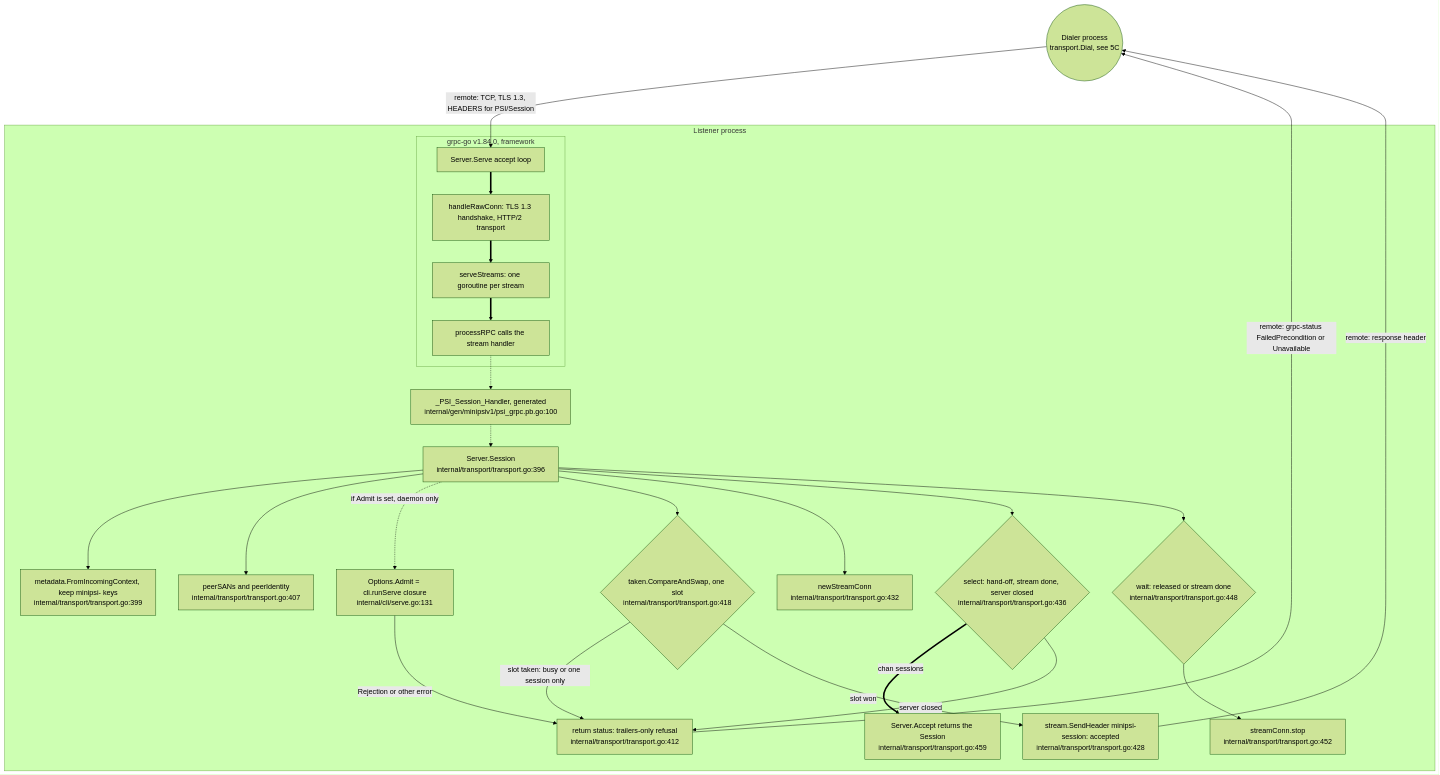
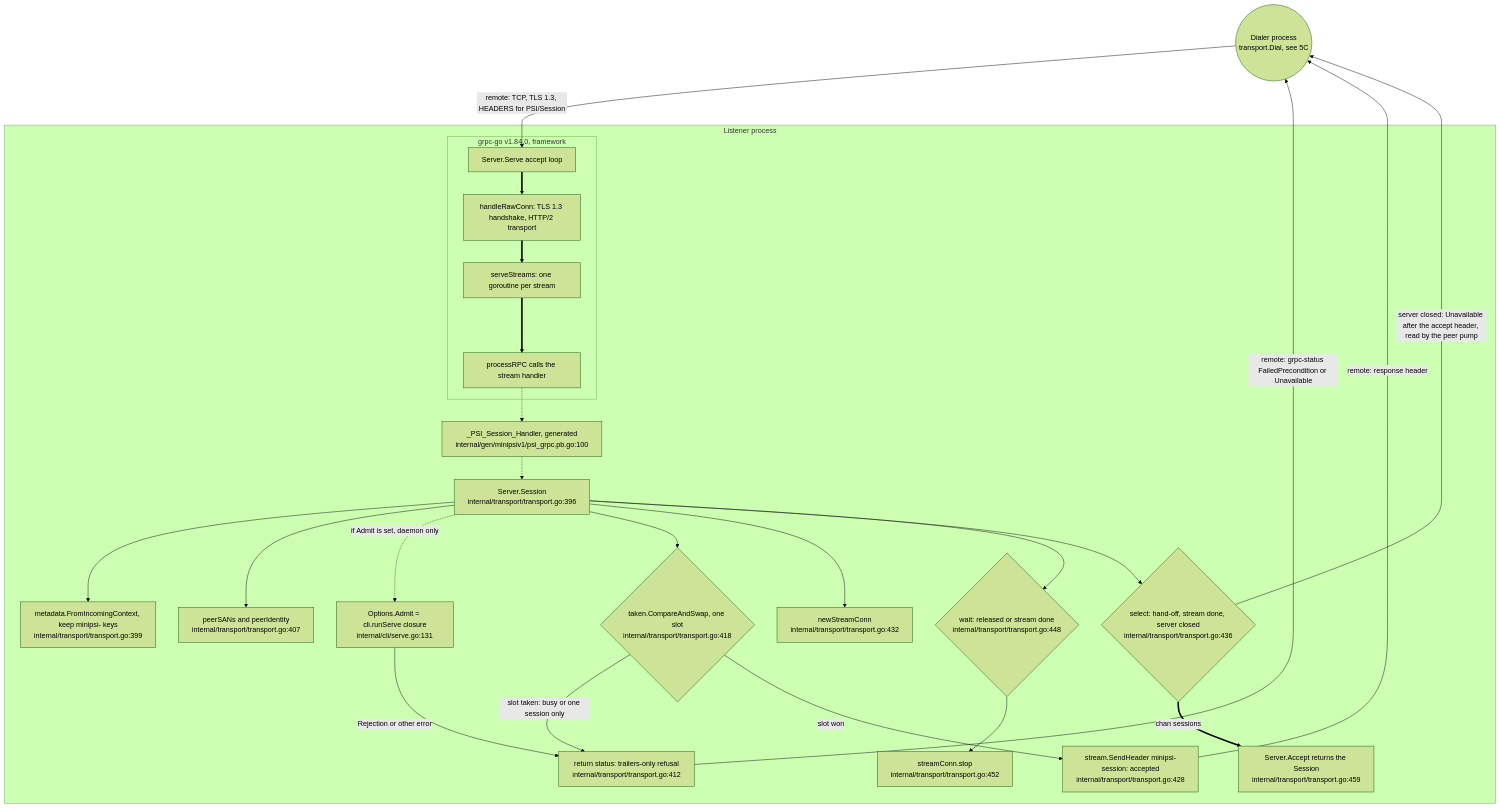
The tenth of 30 diagrams in docs/CALL_GRAPHS.md (XSpring/minipsi-relay), drawn with Mermaid (forest theme) before and after one commit. The commit also changed other lines of this file and 3 other files, not shown here.

First line of the commit message:
docs(analysis): fix errors from the entry point and call graph review

````diff
--- a/docs/CALL_GRAPHS.md
+++ b/docs/CALL_GRAPHS.md
@@ -920,46 +932,46 @@
 ```mermaid
 flowchart TD
   PEER(("Dialer process<br/>transport.Dial, see 5C"))
   subgraph LP ["Listener process"]
     subgraph FW ["grpc-go v1.84.0, framework"]
       GSV["Server.Serve accept loop"]
       HRC["handleRawConn: TLS 1.3 handshake, HTTP/2 transport"]
       SST["serveStreams: one goroutine per stream"]
       PRC["processRPC calls the stream handler"]
     end
     HND["_PSI_Session_Handler, generated<br/>internal/gen/minipsiv1/psi_grpc.pb.go:100"]
     SES["Server.Session<br/>internal/transport/transport.go:396"]
     MDI["metadata.FromIncomingContext, keep minipsi- keys<br/>internal/transport/transport.go:399"]
     PSN["peerSANs and peerIdentity<br/>internal/transport/transport.go:407"]
     ADM["Options.Admit = cli.runServe closure<br/>internal/cli/serve.go:131"]
     CAS{"taken.CompareAndSwap, one slot<br/>internal/transport/transport.go:418"}
     SHD["stream.SendHeader minipsi-session: accepted<br/>internal/transport/transport.go:428"]
     NSC["newStreamConn<br/>internal/transport/transport.go:432"]
     HOF{"select: hand-off, stream done, server closed<br/>internal/transport/transport.go:436"}
     ACC["Server.Accept returns the Session<br/>internal/transport/transport.go:459"]
     WRL{"wait: released or stream done<br/>internal/transport/transport.go:448"}
     STP["streamConn.stop<br/>internal/transport/transport.go:452"]
     REF["return status: trailers-only refusal<br/>internal/transport/transport.go:412"]
   end
   PEER -->|"remote: TCP, TLS 1.3, HEADERS for PSI/Session"| GSV
   GSV ==> HRC
   HRC ==> SST
   SST ==> PRC
   PRC -.-> HND
   HND -.-> SES
   SES --> MDI
   SES --> PSN
   SES -.->|"if Admit is set, daemon only"| ADM
   ADM -->|"Rejection or other error"| REF
   SES --> CAS
   CAS -->|"slot taken: busy or one session only"| REF
   CAS -->|"slot won"| SHD
   SHD -->|"remote: response header"| PEER
   SES --> NSC
   SES --> HOF
   HOF ==>|"chan sessions"| ACC
-  HOF -->|"server closed"| REF
+  HOF -->|"server closed: Unavailable after the accept header, read by the peer pump"| PEER
   SES --> WRL
   WRL --> STP
   REF -->|"remote: grpc-status FailedPrecondition or Unavailable"| PEER
 ```
````
